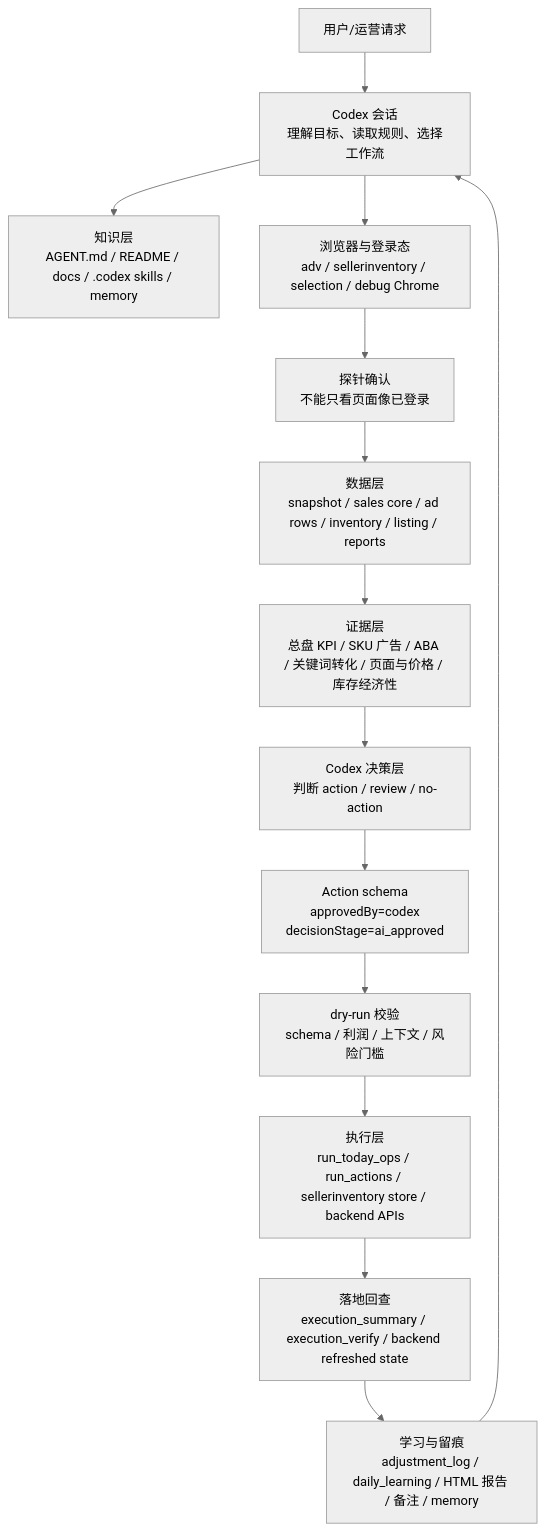
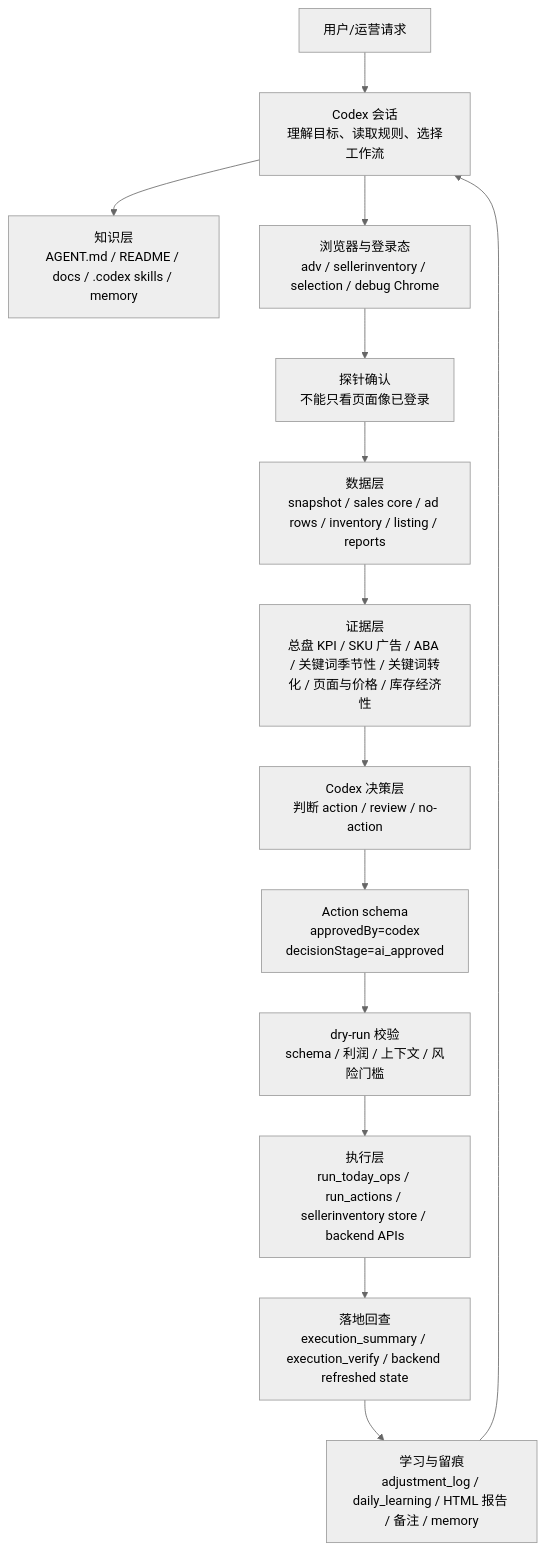
The first of 2 diagrams in docs/CODEX_OPERATING_ARCHITECTURE.md (doublebeatrice/final-fancy-), drawn with Mermaid (neutral theme) before and after one commit. The commit also changed other lines of this file and 309 other files, not shown here.

````diff
--- a/docs/CODEX_OPERATING_ARCHITECTURE.md
+++ b/docs/CODEX_OPERATING_ARCHITECTURE.md
@@ -35,16 +36,16 @@
 ```mermaid
 flowchart TD
   U["用户/运营请求"] --> C["Codex 会话<br/>理解目标、读取规则、选择工作流"]
   C --> K["知识层<br/>AGENT.md / README / docs / .codex skills / memory"]
   C --> B["浏览器与登录态<br/>adv / sellerinventory / selection / debug Chrome"]
   B --> P["探针确认<br/>不能只看页面像已登录"]
   P --> D["数据层<br/>snapshot / sales core / ad rows / inventory / listing / reports"]
-  D --> E["证据层<br/>总盘 KPI / SKU 广告 / ABA / 关键词转化 / 页面与价格 / 库存经济性"]
+  D --> E["证据层<br/>总盘 KPI / SKU 广告 / ABA / 关键词季节性 / 关键词转化 / 页面与价格 / 库存经济性"]
   E --> J["Codex 决策层<br/>判断 action / review / no-action"]
   J --> S["Action schema<br/>approvedBy=codex<br/>decisionStage=ai_approved"]
   S --> R["dry-run 校验<br/>schema / 利润 / 上下文 / 风险门槛"]
   R --> X["执行层<br/>run_today_ops / run_actions / sellerinventory store / backend APIs"]
   X --> V["落地回查<br/>execution_summary / execution_verify / backend refreshed state"]
   V --> L["学习与留痕<br/>adjustment_log / daily_learning / HTML 报告 / 备注 / memory"]
   L --> C
 ```
````
